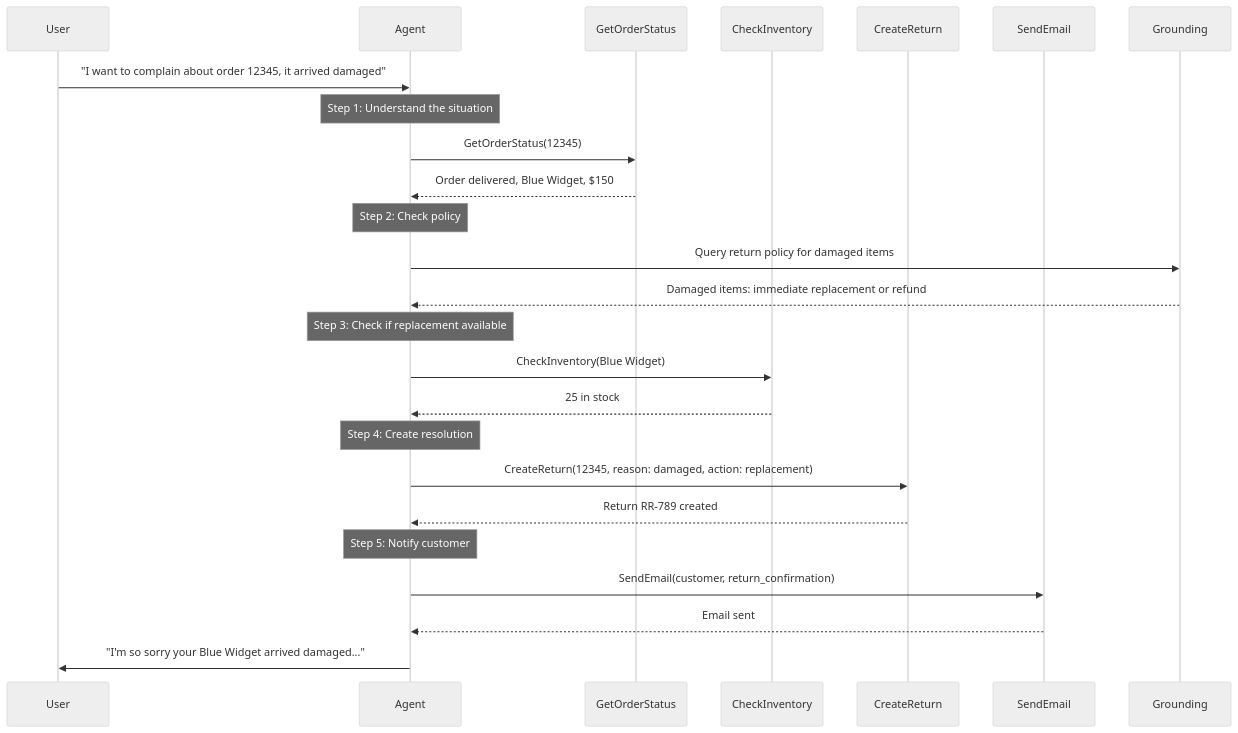
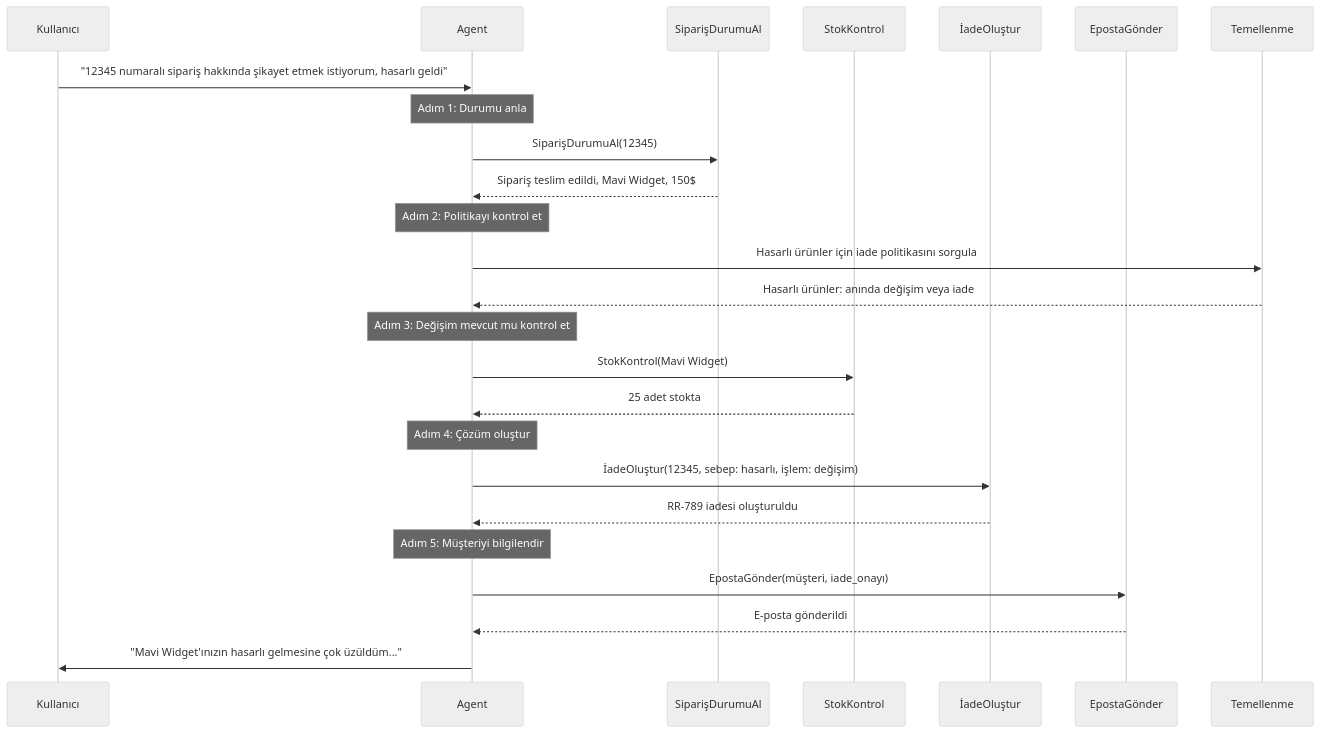
The third of 8 diagrams in Technical Tutorials/BTP/TR/chapters/10-building-agents.md (beyhanmeyrali/sap-all), drawn with Mermaid (neutral theme) before and after one commit. The commit also changed other lines of this file and 11 other files, not shown here.

````diff
--- a/Technical Tutorials/BTP/TR/chapters/10-building-agents.md
+++ b/Technical Tutorials/BTP/TR/chapters/10-building-agents.md
@@ -189,34 +189,34 @@
 ```mermaid
 sequenceDiagram
-    participant U as User
+    participant U as Kullanıcı
     participant AG as Agent
-    participant S1 as GetOrderStatus
-    participant S2 as CheckInventory
-    participant S3 as CreateReturn
-    participant S4 as SendEmail
-    participant G as Grounding
+    participant S1 as SiparişDurumuAl
+    participant S2 as StokKontrol
+    participant S3 as İadeOluştur
+    participant S4 as EpostaGönder
+    participant G as Temellenme
 
-    U->>AG: "I want to complain about order 12345, it arrived damaged"
+    U->>AG: "12345 numaralı sipariş hakkında şikayet etmek istiyorum, hasarlı geldi"
 
-    Note over AG: Step 1: Understand the situation
-    AG->>S1: GetOrderStatus(12345)
-    S1-->>AG: Order delivered, Blue Widget, $150
+    Note over AG: Adım 1: Durumu anla
+    AG->>S1: SiparişDurumuAl(12345)
+    S1-->>AG: Sipariş teslim edildi, Mavi Widget, 150$
 
-    Note over AG: Step 2: Check policy
-    AG->>G: Query return policy for damaged items
-    G-->>AG: Damaged items: immediate replacement or refund
+    Note over AG: Adım 2: Politikayı kontrol et
+    AG->>G: Hasarlı ürünler için iade politikasını sorgula
+    G-->>AG: Hasarlı ürünler: anında değişim veya iade
 
-    Note over AG: Step 3: Check if replacement available
-    AG->>S2: CheckInventory(Blue Widget)
-    S2-->>AG: 25 in stock
+    Note over AG: Adım 3: Değişim mevcut mu kontrol et
+    AG->>S2: StokKontrol(Mavi Widget)
+    S2-->>AG: 25 adet stokta
 
-    Note over AG: Step 4: Create resolution
-    AG->>S3: CreateReturn(12345, reason: damaged, action: replacement)
-    S3-->>AG: Return RR-789 created
+    Note over AG: Adım 4: Çözüm oluştur
+    AG->>S3: İadeOluştur(12345, sebep: hasarlı, işlem: değişim)
+    S3-->>AG: RR-789 iadesi oluşturuldu
 
-    Note over AG: Step 5: Notify customer
-    AG->>S4: SendEmail(customer, return_confirmation)
-    S4-->>AG: Email sent
+    Note over AG: Adım 5: Müşteriyi bilgilendir
+    AG->>S4: EpostaGönder(müşteri, iade_onayı)
+    S4-->>AG: E-posta gönderildi
 
-    AG->>U: "I'm so sorry your Blue Widget arrived damaged..."
+    AG->>U: "Mavi Widget'ınızın hasarlı gelmesine çok üzüldüm..."
 ```
````
